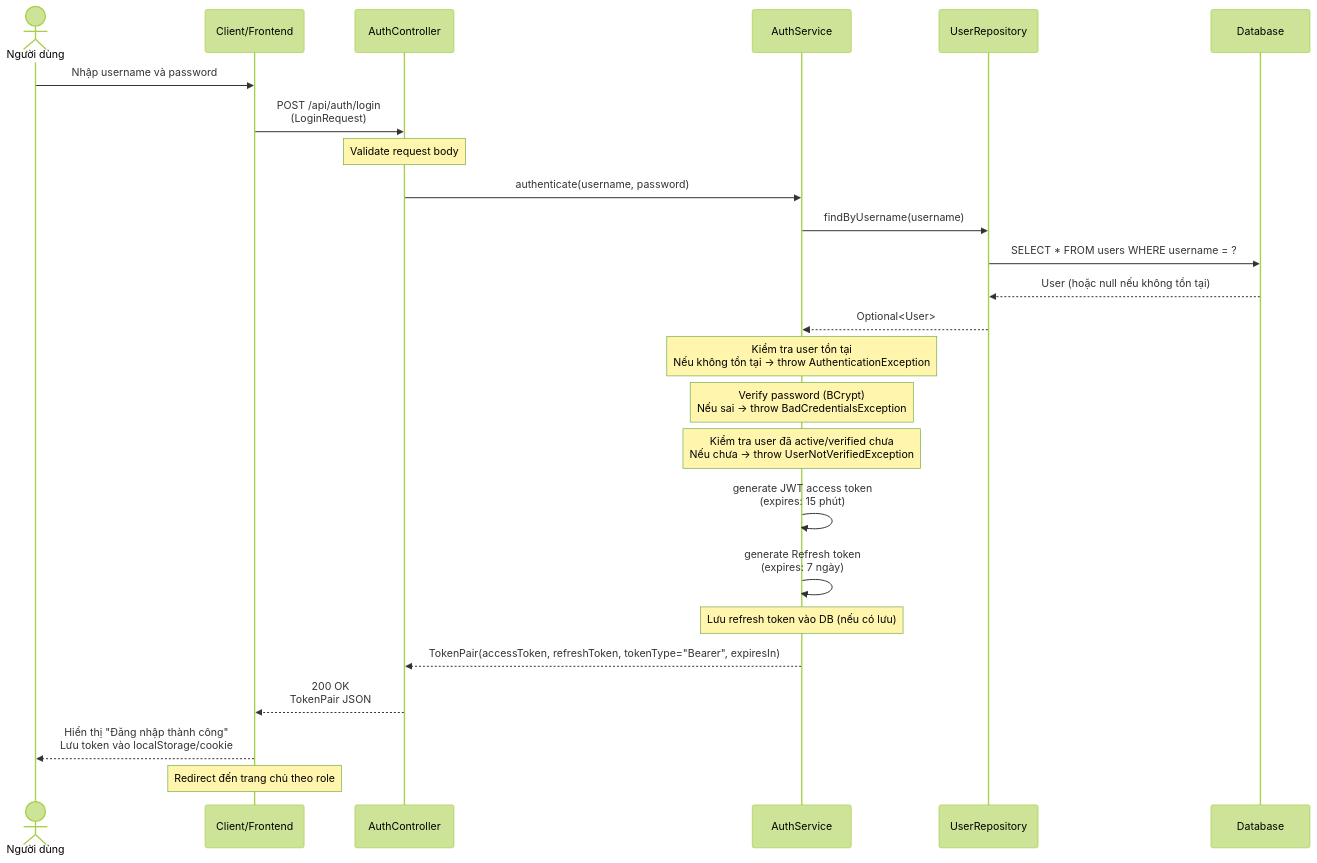
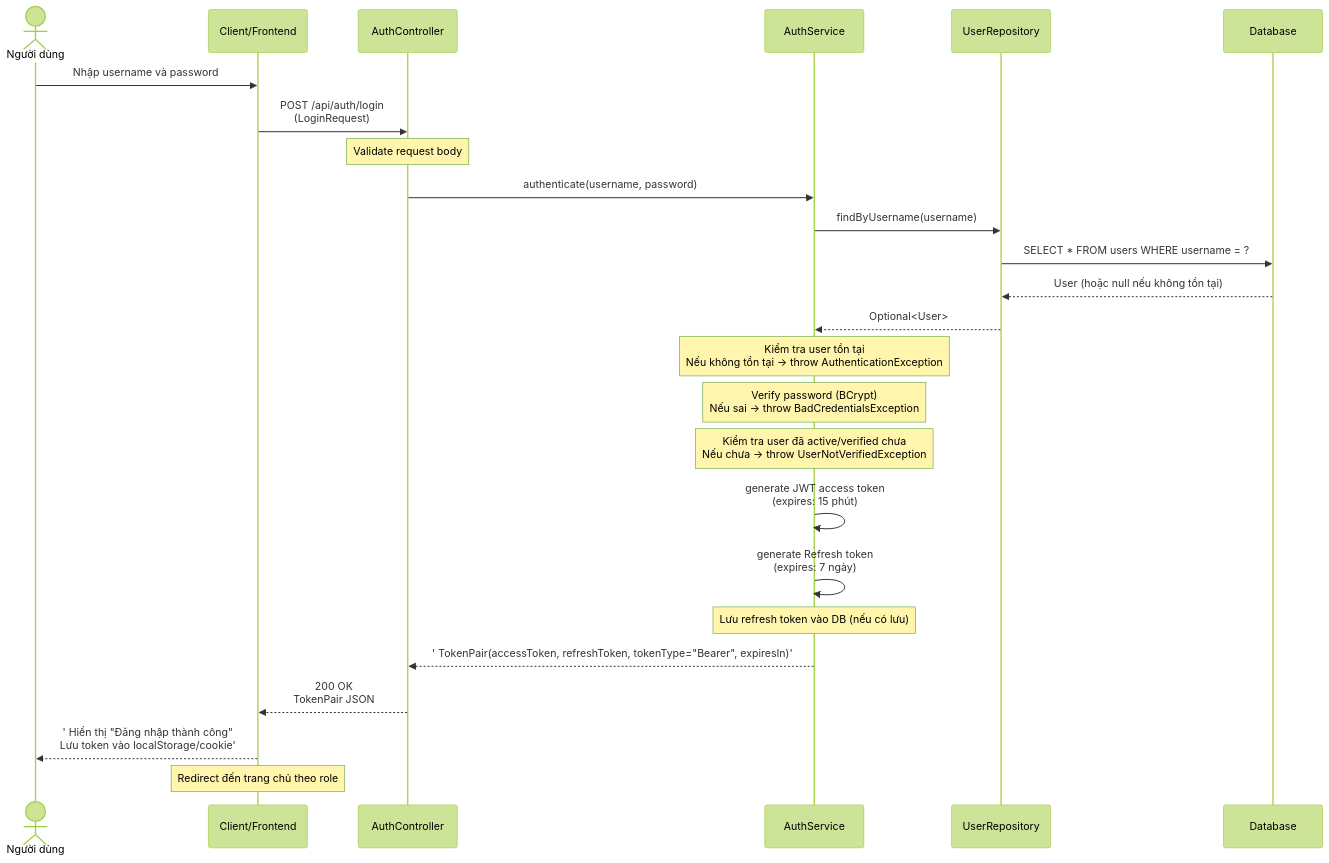
One commit to mchien04/CampusLife changed the first of 7 diagrams in docs/sequence-diagramV2/sequence-diagram-auth.md. Above: the diagram before and after it, drawn with Mermaid (forest theme). The commit also changed other lines of this file and 18 other files, not shown here.

First line of the commit message:
fix(sequence-diagramV2): fix Mermaid parse errors

````diff
--- a/docs/sequence-diagramV2/sequence-diagram-auth.md
+++ b/docs/sequence-diagramV2/sequence-diagram-auth.md
@@ -7,32 +7,32 @@
 ```mermaid
 sequenceDiagram
     actor User as Người dùng
     participant Client as Client/Frontend
     participant AuthController as AuthController
     participant AuthService as AuthService
     participant UserRepository as UserRepository
     participant Database as Database
 
     User->>Client: Nhập username và password
     Client->>AuthController: POST /api/auth/login<br/>(LoginRequest)
     Note over AuthController: Validate request body
     AuthController->>AuthService: authenticate(username, password)
     
     AuthService->>UserRepository: findByUsername(username)
     UserRepository->>Database: SELECT * FROM users WHERE username = ?
     Database-->>UserRepository: User (hoặc null nếu không tồn tại)
     UserRepository-->>AuthService: Optional<User>
     
     Note over AuthService: Kiểm tra user tồn tại<br/>Nếu không tồn tại → throw AuthenticationException
     Note over AuthService: Verify password (BCrypt)<br/>Nếu sai → throw BadCredentialsException
     Note over AuthService: Kiểm tra user đã active/verified chưa<br/>Nếu chưa → throw UserNotVerifiedException
     
     AuthService->>AuthService: generate JWT access token<br/>(expires: 15 phút)
     AuthService->>AuthService: generate Refresh token<br/>(expires: 7 ngày)
     Note over AuthService: Lưu refresh token vào DB (nếu có lưu)
     
-    AuthService-->>AuthController: TokenPair(accessToken, refreshToken, tokenType="Bearer", expiresIn)
+    AuthService-->>AuthController:' TokenPair(accessToken, refreshToken, tokenType="Bearer", expiresIn)'
     AuthController-->>Client: 200 OK<br/>TokenPair JSON
-    Client-->>User: Hiển thị "Đăng nhập thành công"<br/>Lưu token vào localStorage/cookie
+    Client-->>User:' Hiển thị "Đăng nhập thành công"<br/>Lưu token vào localStorage/cookie'
     Note over Client: Redirect đến trang chủ theo role
 ```
````
